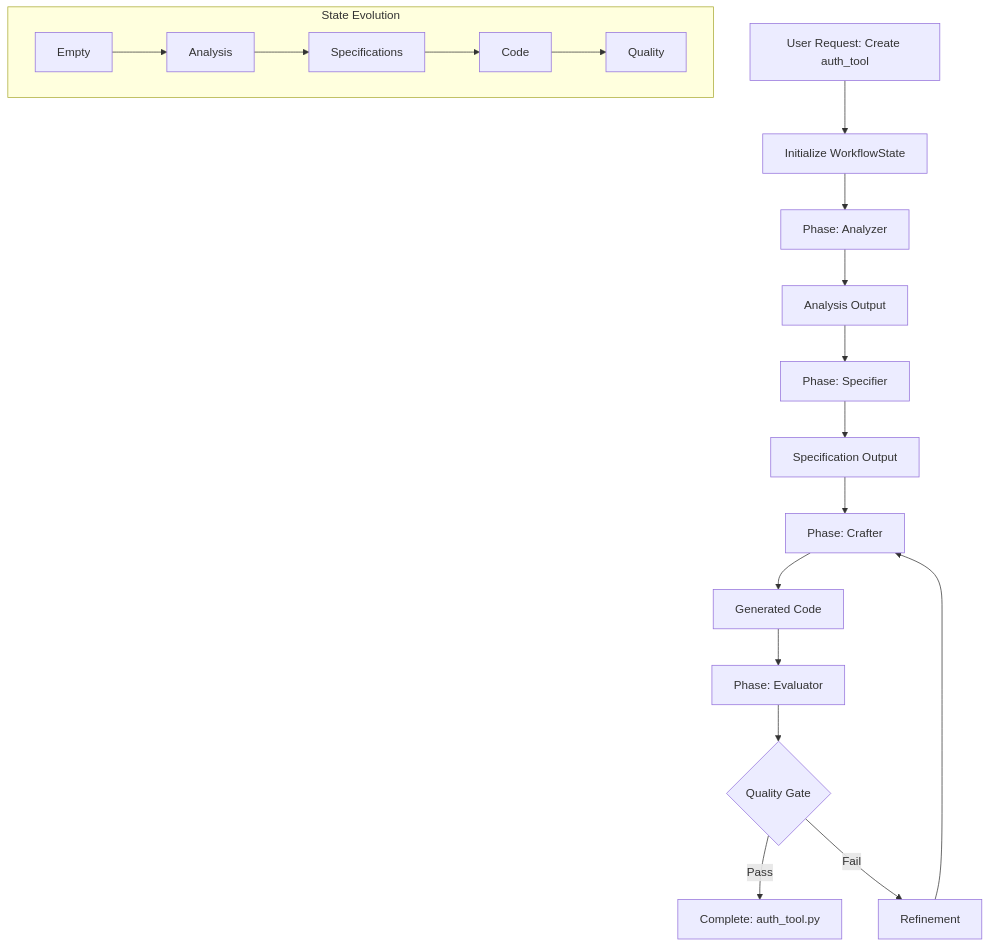
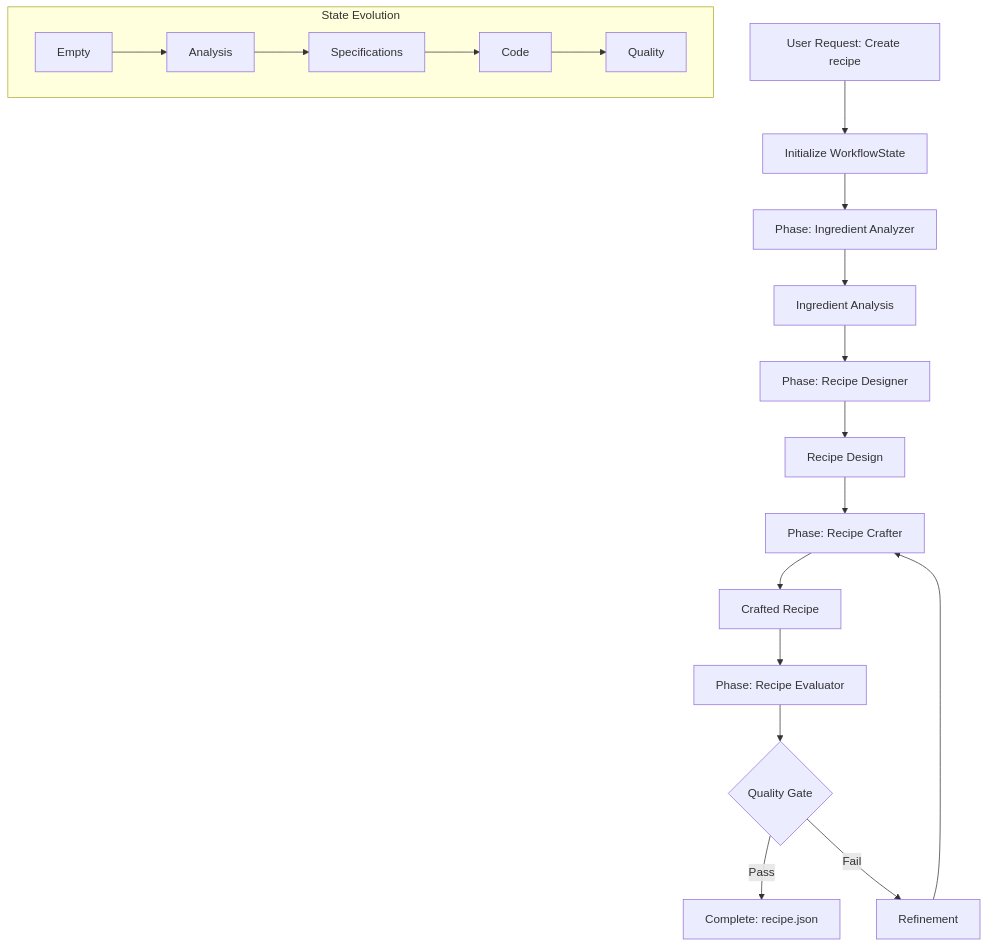
Before and after one commit to fblgit/agentool: the sixth of 13 diagrams in docs/DIAGRAMS.md, drawn with Mermaid. The commit also changed other lines of this file and 1 other file, not shown here.

````diff
--- a/docs/DIAGRAMS.md
+++ b/docs/DIAGRAMS.md
@@ -166,27 +166,27 @@
 ```mermaid
 graph TB
-    START[User Request: Create auth_tool] --> INIT[Initialize WorkflowState]
+    START[User Request: Create recipe] --> INIT[Initialize WorkflowState]
     
-    INIT --> PHASE1[Phase: Analyzer]
-    PHASE1 --> A_OUT[Analysis Output]
+    INIT --> PHASE1[Phase: Ingredient Analyzer]
+    PHASE1 --> A_OUT[Ingredient Analysis]
     
-    A_OUT --> PHASE2[Phase: Specifier]  
-    PHASE2 --> S_OUT[Specification Output]
+    A_OUT --> PHASE2[Phase: Recipe Designer]  
+    PHASE2 --> S_OUT[Recipe Design]
     
-    S_OUT --> PHASE3[Phase: Crafter]
-    PHASE3 --> C_OUT[Generated Code]
+    S_OUT --> PHASE3[Phase: Recipe Crafter]
+    PHASE3 --> C_OUT[Crafted Recipe]
     
-    C_OUT --> PHASE4[Phase: Evaluator]
+    C_OUT --> PHASE4[Phase: Recipe Evaluator]
     PHASE4 --> QG{Quality Gate}
     
-    QG -->|Pass| DONE[Complete: auth_tool.py]
+    QG -->|Pass| DONE[Complete: recipe.json]
     QG -->|Fail| REFINE[Refinement]
     REFINE --> PHASE3
     
     subgraph states[State Evolution]
         S1[Empty] --> S2[Analysis]
         S2 --> S3[Specifications]  
         S3 --> S4[Code]
         S4 --> S5[Quality]
     end
 ```
````
